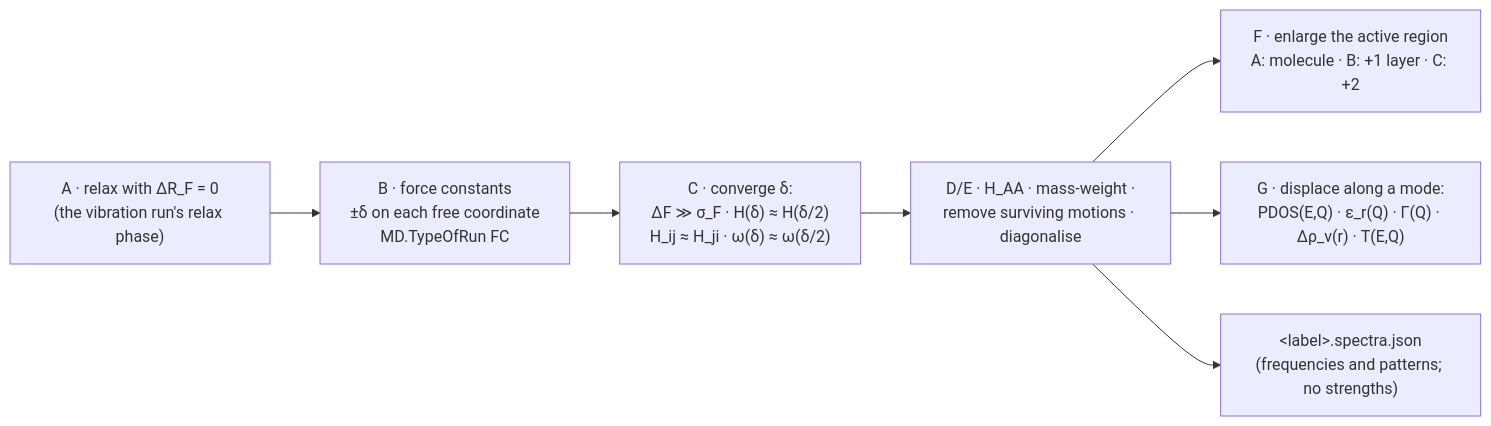
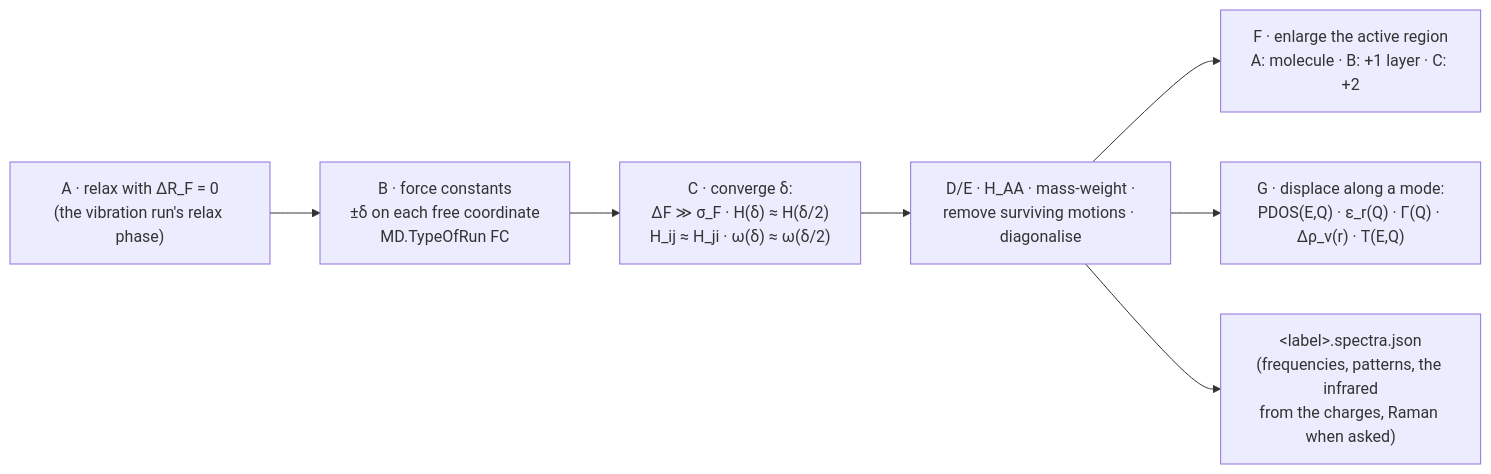
Before and after one commit to Qing-LAB/molbuilder: the third of 3 diagrams in docs/science/normal-modes.md, drawn with Mermaid. The commit also changed other lines of this file and 71 other files, not shown here.

````diff
--- a/docs/science/normal-modes.md
+++ b/docs/science/normal-modes.md
@@ -1001,9 +996,9 @@
 ```mermaid
 flowchart LR
   A["A · relax with ΔR_F = 0<br/>(the vibration run's relax phase)"] --> B["B · force constants<br/>±δ on each free coordinate<br/>MD.TypeOfRun FC"]
   B --> C["C · converge δ:<br/>ΔF ≫ σ_F · H(δ) ≈ H(δ/2)<br/>H_ij ≈ H_ji · ω(δ) ≈ ω(δ/2)"]
   C --> D["D/E · H_AA · mass-weight ·<br/>remove surviving motions · diagonalise"]
   D --> F["F · enlarge the active region<br/>A: molecule · B: +1 layer · C: +2"]
   D --> G["G · displace along a mode:<br/>PDOS(E,Q) · ε_r(Q) · Γ(Q) · Δρ_ν(r) · T(E,Q)"]
-  D --> R["&lt;label&gt;.spectra.json<br/>(frequencies and patterns; no strengths)"]
+  D --> R["&lt;label&gt;.spectra.json<br/>(frequencies, patterns, the infrared<br/>from the charges, Raman when asked)"]
 ```
````
